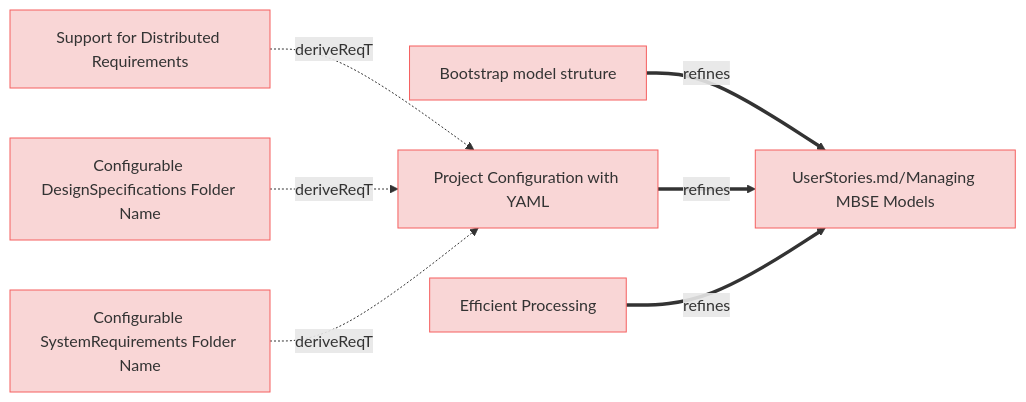
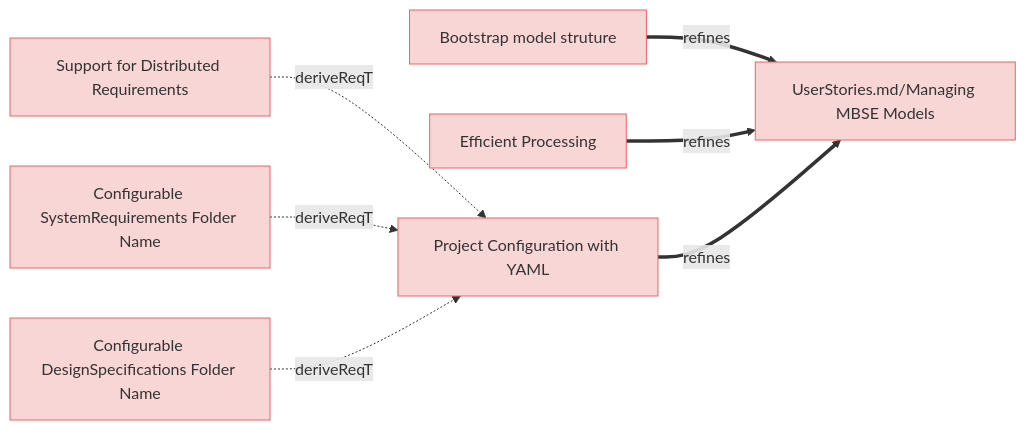
The first of 4 diagrams in specifications/UserRequirements.md (reqvire-org/reqvire), drawn with Mermaid before and after one commit. The commit also changed other lines of this file and 10 other files, not shown here.

````diff
--- a/specifications/UserRequirements.md
+++ b/specifications/UserRequirements.md
@@ -4,36 +4,36 @@
 ```mermaid
 graph LR;
   %% Graph styling
   classDef requirement fill:#f9d6d6,stroke:#f55f5f,stroke-width:1px;
   classDef verification fill:#d6f9d6,stroke:#5fd75f,stroke-width:1px;
   classDef externalLink fill:#d0e0ff,stroke:#3080ff,stroke-width:1px;
   classDef default fill:#f5f5f5,stroke:#333333,stroke-width:1px;
 
+  fc49f77257["Support for Distributed Requirements"];
+  click fc49f77257 "UserRequirements.md#support-for-distributed-requirements";
+  class fc49f77257 requirement;
+  7430e12113["Project Configuration with YAML"];
+  class 7430e12113 requirement;
+  click 7430e12113 "UserRequirements.md#project-configuration-with-yaml";
+  fc49f77257 -.->|deriveReqT| 7430e12113;
   a2398f7051["Bootstrap model struture"];
   click a2398f7051 "UserRequirements.md#bootstrap-model-struture";
   class a2398f7051 requirement;
   852dea6cfe["UserStories.md/Managing MBSE Models"];
   class 852dea6cfe requirement;
   click 852dea6cfe "UserStories.md#managing-mbse-models";
   a2398f7051 ==>|refines| 852dea6cfe;
-  fc49f77257["Support for Distributed Requirements"];
-  click fc49f77257 "UserRequirements.md#support-for-distributed-requirements";
-  class fc49f77257 requirement;
-  7430e12113["Project Configuration with YAML"];
-  class 7430e12113 requirement;
-  click 7430e12113 "UserRequirements.md#project-configuration-with-yaml";
-  fc49f77257 -.->|deriveReqT| 7430e12113;
-  7430e12113 ==>|refines| 852dea6cfe;
-  3745496893["Configurable DesignSpecifications Folder Name"];
-  click 3745496893 "UserRequirements.md#configurable-designspecifications-folder-name";
-  class 3745496893 requirement;
-  3745496893 -.->|deriveReqT| 7430e12113;
   f07cf1cbfa["Efficient Processing"];
   click f07cf1cbfa "UserRequirements.md#efficient-processing";
   class f07cf1cbfa requirement;
   f07cf1cbfa ==>|refines| 852dea6cfe;
   438060bb46["Configurable SystemRequirements Folder Name"];
   click 438060bb46 "UserRequirements.md#configurable-systemrequirements-folder-name";
   class 438060bb46 requirement;
   438060bb46 -.->|deriveReqT| 7430e12113;
+  7430e12113 ==>|refines| 852dea6cfe;
+  3745496893["Configurable DesignSpecifications Folder Name"];
+  click 3745496893 "UserRequirements.md#configurable-designspecifications-folder-name";
+  class 3745496893 requirement;
+  3745496893 -.->|deriveReqT| 7430e12113;
 ```
````
